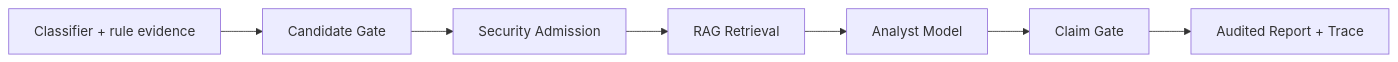
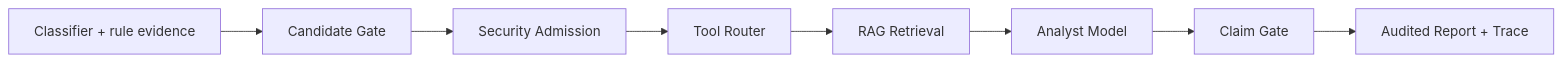
One commit to jiapengLi11/vpn-anomaly-agent-platform changed the diagram in README.md. Above: the diagram before and after it, drawn with Mermaid. The commit also changed other lines of this file and 30 other files, not shown here.

Commit message:
feat: add audited tool router and layered knowledge evaluation

````diff
--- a/README.md
+++ b/README.md
@@ -47,9 +44,10 @@
 ```mermaid
 flowchart LR
     A[Classifier + rule evidence] --> B[Candidate Gate]
     B --> C[Security Admission]
-    C --> D[RAG Retrieval]
-    D --> E[Analyst Model]
-    E --> F[Claim Gate]
-    F --> G[Audited Report + Trace]
+    C --> D[Tool Router]
+    D --> E[RAG Retrieval]
+    E --> F[Analyst Model]
+    F --> G[Claim Gate]
+    G --> H[Audited Report + Trace]
 ```
````
